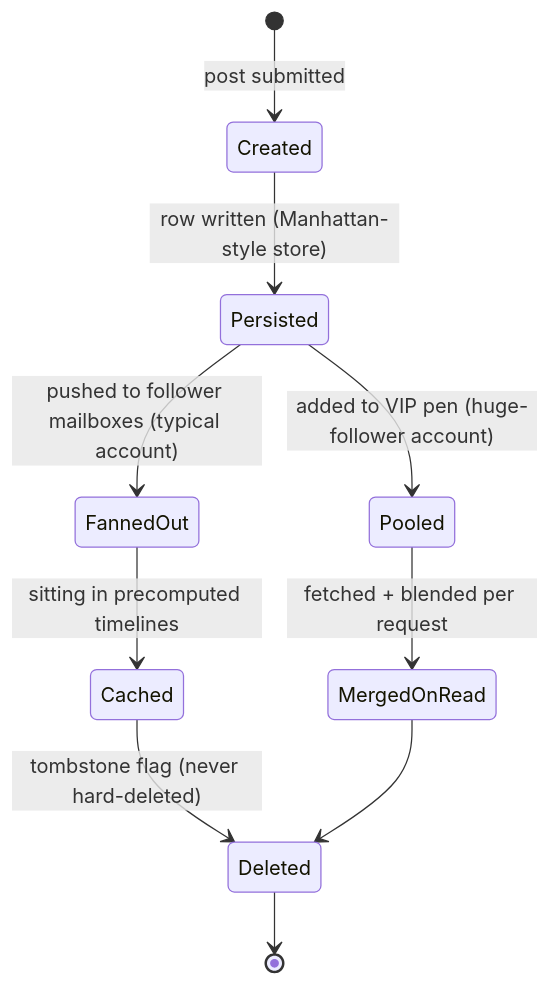
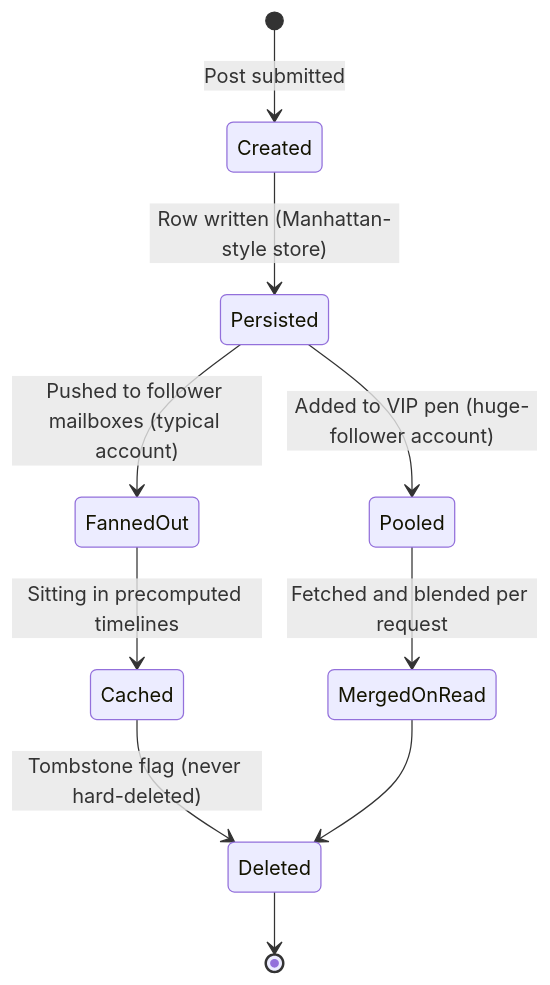
Before and after one commit to riyaz-pasha/Learnings: the fifth of 16 diagrams in system-design/HLD/0-course/31-Design Twitter-FAANG-Guide-story.md, drawn with Mermaid. The commit also changed other lines of this file and 1 other file, not shown here.

Commit message:
[REWRITE] Design Twitter story guide: simplify prose, add structure, fix diagrams

````diff
--- a/system-design/HLD/0-course/31-Design Twitter-FAANG-Guide-story.md
+++ b/system-design/HLD/0-course/31-Design Twitter-FAANG-Guide-story.md
@@ -111,12 +201,12 @@
 ```mermaid
 stateDiagram-v2
-    [*] --> Created: post submitted
-    Created --> Persisted: row written (Manhattan-style store)
-    Persisted --> FannedOut: pushed to follower mailboxes (typical account)
-    Persisted --> Pooled: added to VIP pen (huge-follower account)
-    FannedOut --> Cached: sitting in precomputed timelines
-    Pooled --> MergedOnRead: fetched + blended per request
-    Cached --> Deleted: tombstone flag (never hard-deleted)
+    [*] --> Created: Post submitted
+    Created --> Persisted: Row written (Manhattan-style store)
+    Persisted --> FannedOut: Pushed to follower mailboxes (typical account)
+    Persisted --> Pooled: Added to VIP pen (huge-follower account)
+    FannedOut --> Cached: Sitting in precomputed timelines
+    Pooled --> MergedOnRead: Fetched and blended per request
+    Cached --> Deleted: Tombstone flag (never hard-deleted)
     MergedOnRead --> Deleted
     Deleted --> [*]
 ```
````
